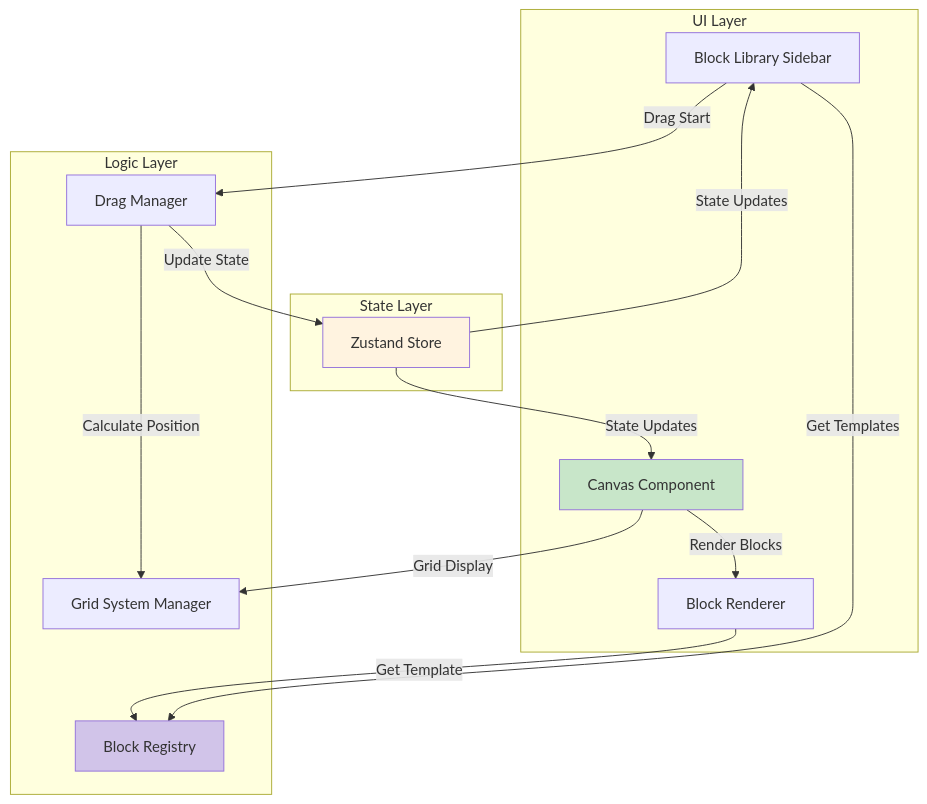
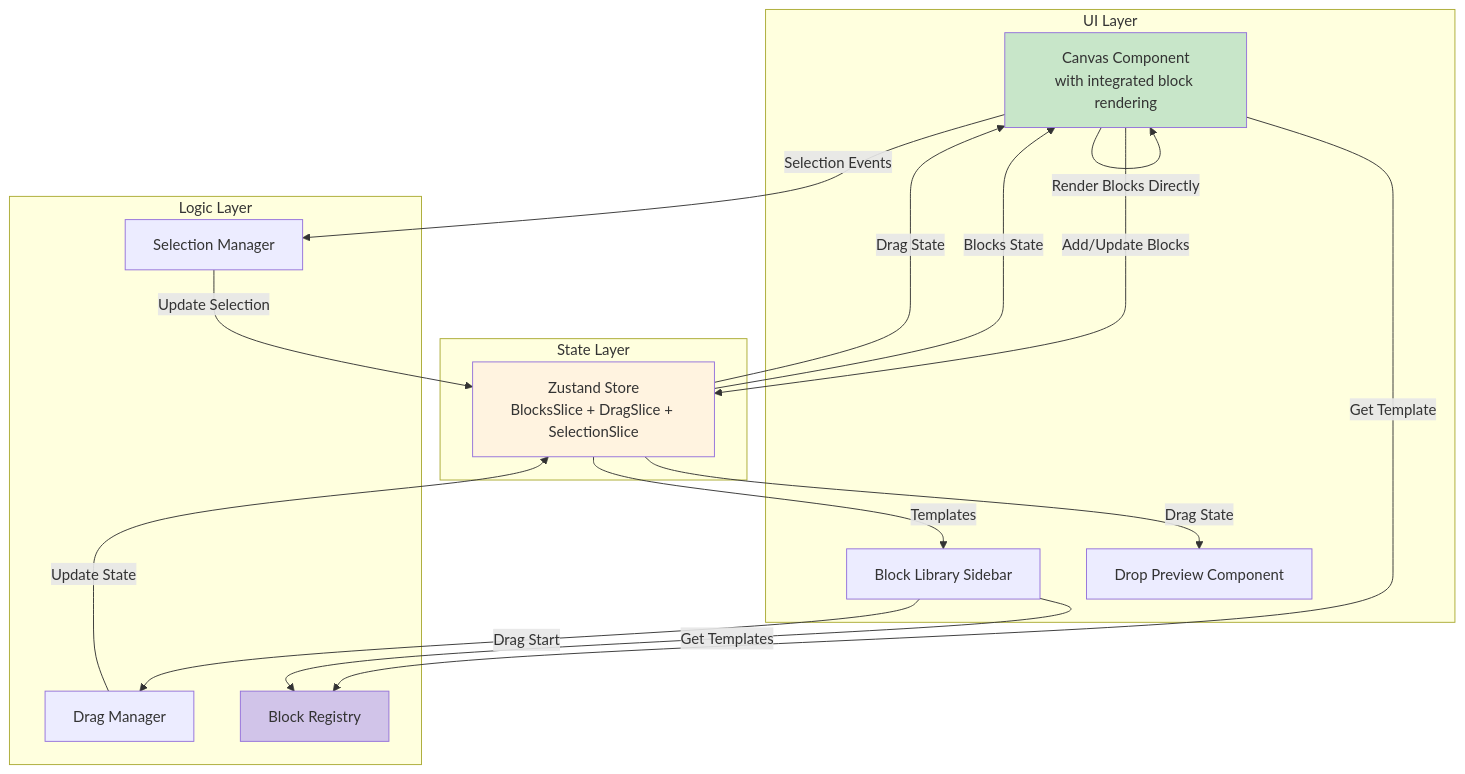
Before and after one commit to litkeys/DraftCN: the diagram in docs/architecture/components.md, drawn with Mermaid. The commit also changed other lines of this file and 10 other files, not shown here.

First line of the commit message:
Architectural realignment

````diff
--- a/docs/architecture/components.md
+++ b/docs/architecture/components.md
@@ -118,35 +174,39 @@
 ```mermaid
 graph TB
     subgraph "UI Layer"
-        Canvas[Canvas Component]
+        Canvas[Canvas Component<br/>with integrated block rendering]
         Sidebar[Block Library Sidebar]
-        Renderer[Block Renderer]
+        DropPreview[Drop Preview Component]
     end
-    
+
     subgraph "Logic Layer"
         DragMgr[Drag Manager]
-        GridMgr[Grid System Manager]
         Registry[Block Registry]
+        SelectMgr[Selection Manager]
     end
     
     subgraph "State Layer"
-        Store[Zustand Store]
+        Store[Zustand Store<br/>BlocksSlice + DragSlice + SelectionSlice]
     end
     
     Sidebar -->|Drag Start| DragMgr
-    DragMgr -->|Calculate Position| GridMgr
     DragMgr -->|Update State| Store
     
-    Canvas -->|Render Blocks| Renderer
-    Renderer -->|Get Template| Registry
+    Canvas -->|Get Template| Registry
+    Canvas -->|Render Blocks Directly| Canvas
     
-    Canvas -->|Grid Display| GridMgr
     Sidebar -->|Get Templates| Registry
     
-    Store -->|State Updates| Canvas
-    Store -->|State Updates| Sidebar
+    Store -->|Blocks State| Canvas
+    Store -->|Drag State| Canvas
+    Store -->|Drag State| DropPreview
+    Store -->|Templates| Sidebar
+    
+    Canvas -->|Add/Update Blocks| Store
+    Canvas -->|Selection Events| SelectMgr
+    SelectMgr -->|Update Selection| Store
     
     style Store fill:#fff3e0
     style Registry fill:#d1c4e9
     style Canvas fill:#c8e6c9
 ```
````
